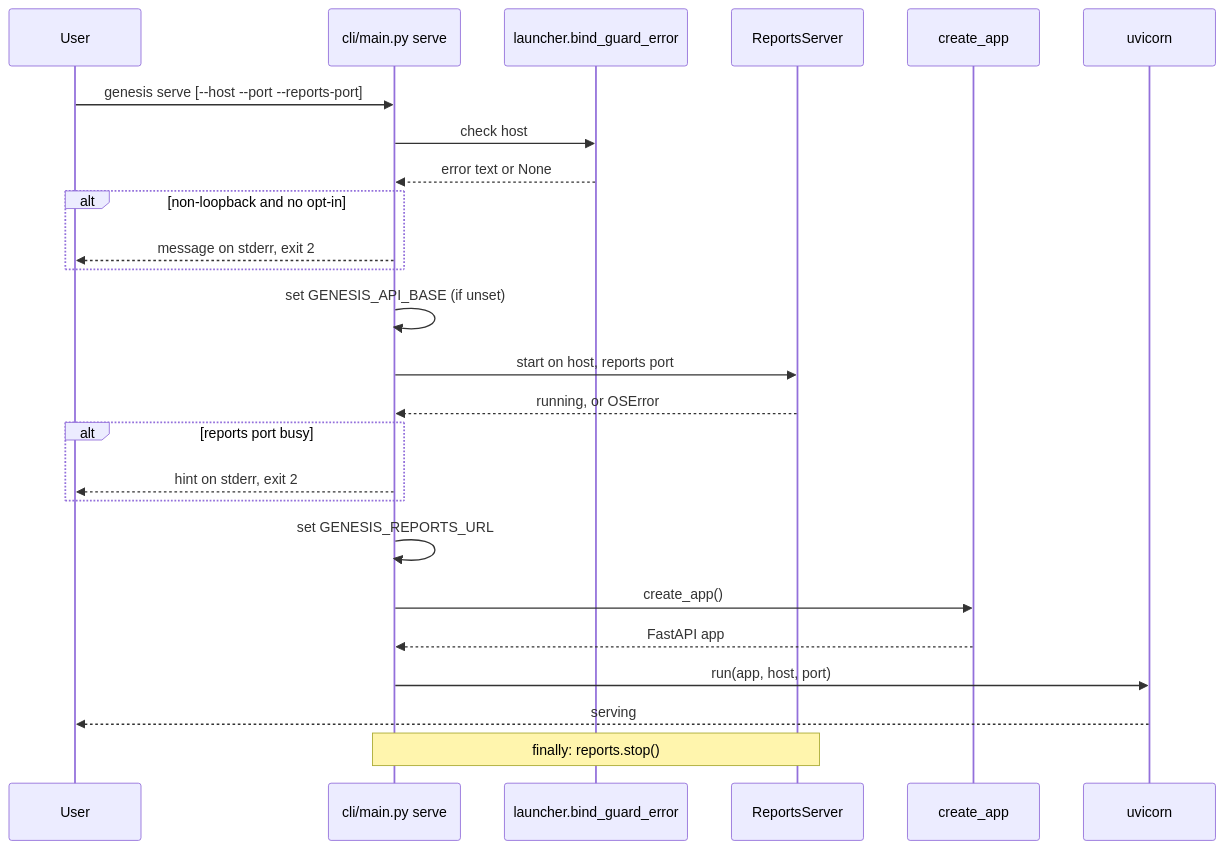
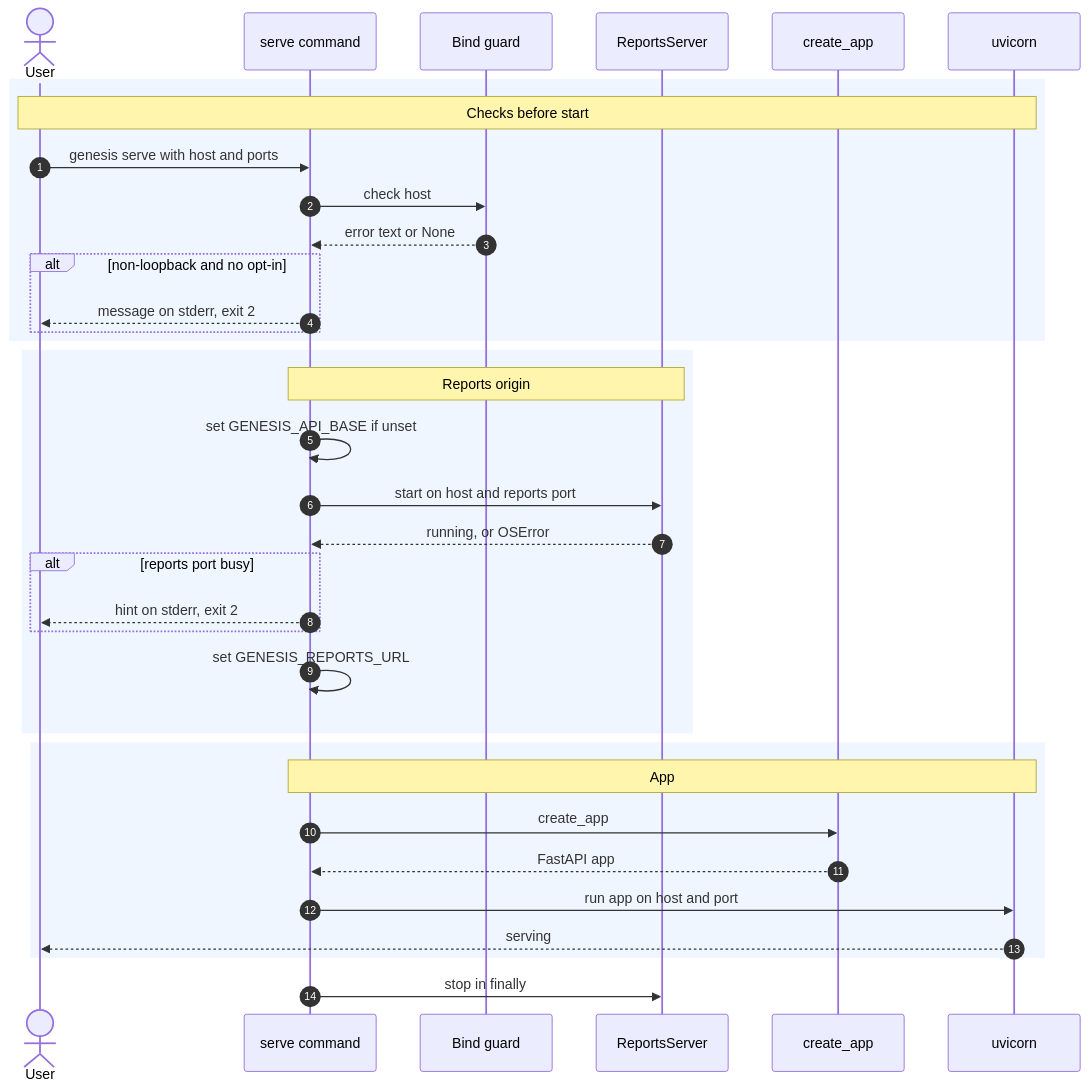
The second of 3 diagrams in genesis/architecture/modules/api.md (ram-020998/project-tracker), drawn with Mermaid before and after one commit. The commit also changed other lines of this file and 24 other files, not shown here.

First line of the commit message:
architecture: rewrite all 86 Mermaid diagrams to one C4 style, each render-checked

````diff
--- a/genesis/architecture/modules/api.md
+++ b/genesis/architecture/modules/api.md
@@ -94,27 +105,37 @@
 ```mermaid
 sequenceDiagram
-    participant U as User
-    participant C as cli/main.py serve
-    participant G as launcher.bind_guard_error
+    autonumber
+    actor U as User
+    participant C as serve command
+    participant G as Bind guard
     participant R as ReportsServer
     participant A as create_app
     participant V as uvicorn
-    U->>C: genesis serve [--host --port --reports-port]
+    rect rgb(240, 246, 255)
+    Note over U,V: Checks before start
+    U->>C: genesis serve with host and ports
     C->>G: check host
     G-->>C: error text or None
     alt non-loopback and no opt-in
         C-->>U: message on stderr, exit 2
     end
-    C->>C: set GENESIS_API_BASE (if unset)
-    C->>R: start on host, reports port
+    end
+    rect rgb(240, 246, 255)
+    Note over C,R: Reports origin
+    C->>C: set GENESIS_API_BASE if unset
+    C->>R: start on host and reports port
     R-->>C: running, or OSError
     alt reports port busy
         C-->>U: hint on stderr, exit 2
     end
     C->>C: set GENESIS_REPORTS_URL
-    C->>A: create_app()
+    end
+    rect rgb(240, 246, 255)
+    Note over C,V: App
+    C->>A: create_app
     A-->>C: FastAPI app
-    C->>V: run(app, host, port)
+    C->>V: run app on host and port
     V-->>U: serving
-    Note over C,R: finally: reports.stop()
+    end
+    C->>R: stop in finally
 ```
````
